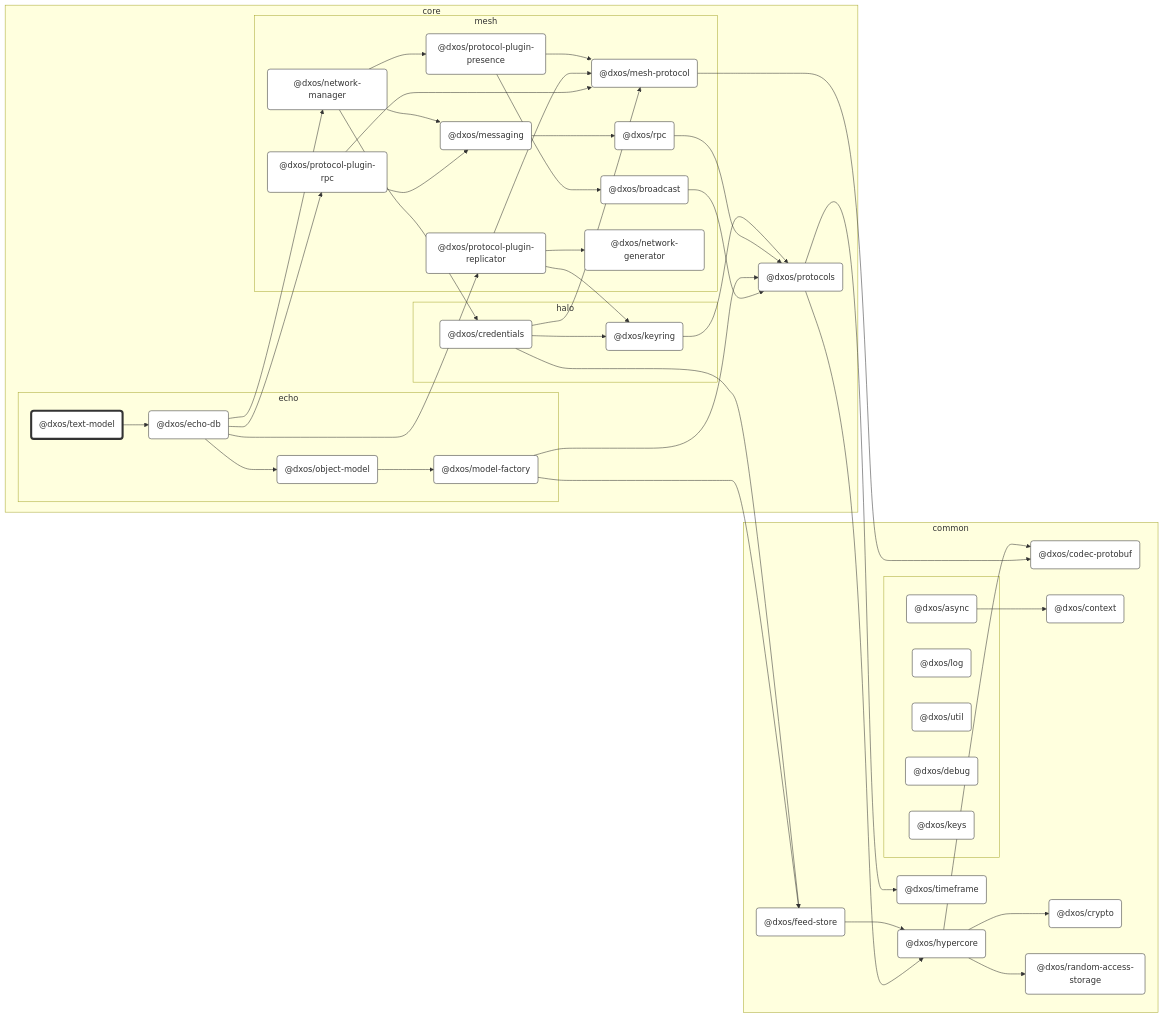
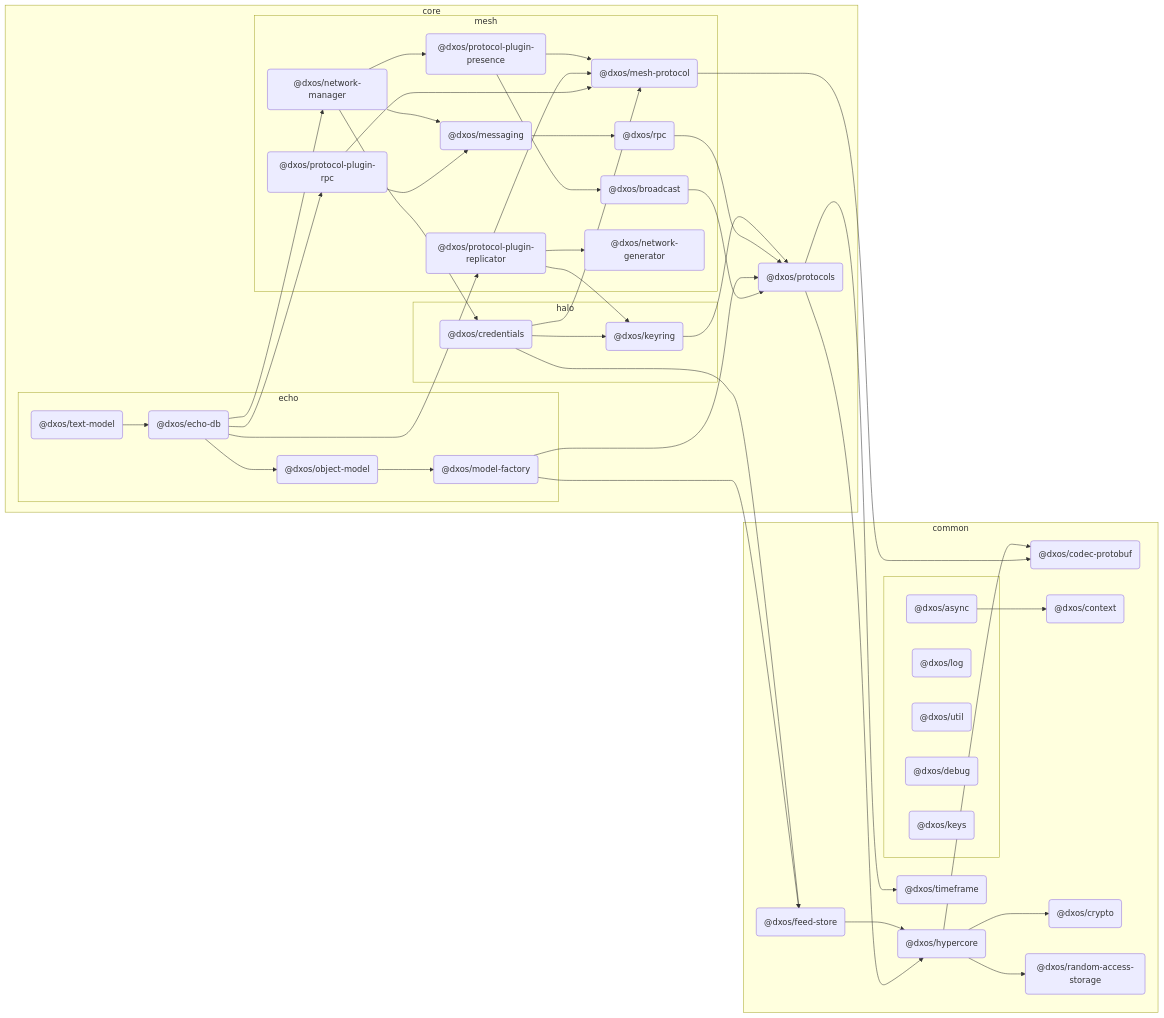
The diagram in packages/core/echo/text-model/docs/README.md (dxos/dxos), drawn with Mermaid before and after one commit. The commit also changed 80 other files, not shown here.

```diff
--- a/packages/core/echo/text-model/docs/README.md
+++ b/packages/core/echo/text-model/docs/README.md
@@ -8,10 +8,6 @@
 %%{ init: {'flowchart':{'curve':'basis'}} }%%
 
 flowchart LR
-
-%% Classes
-classDef def fill:#fff,stroke:#333,stroke-width:1px
-classDef root fill:#fff,stroke:#333,stroke-width:4px
 
 %% Nodes
 
```
